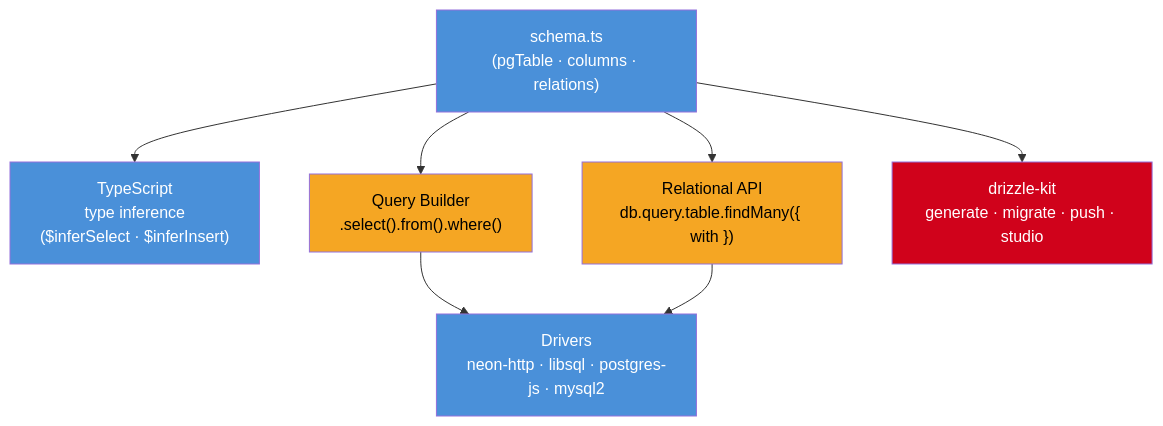
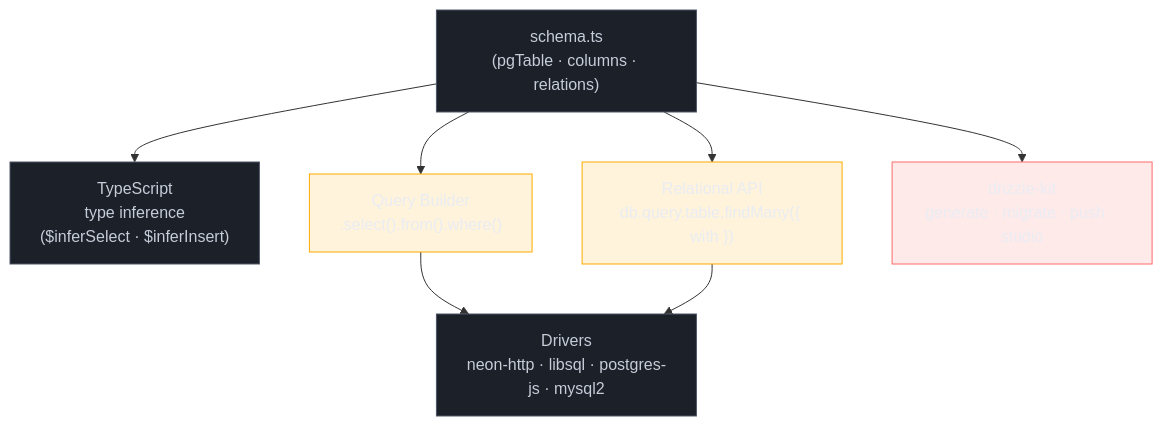
One commit to josenaldo/codex-technomanticus changed the diagram in 03-Dominios/Tecnologia/Node/ORMs e banco de dados/05 - Drizzle - ORM lightweight e type-safe.md. Above: the diagram before and after it, drawn with Mermaid. The commit also changed 1181 other files, not shown here.

First line of the commit message:
fix(diagramas): paleta do sistema no lugar de cor cravada no markdown

````diff
--- a/03-Dominios/Tecnologia/Node/ORMs e banco de dados/05 - Drizzle - ORM lightweight e type-safe.md
+++ b/03-Dominios/Tecnologia/Node/ORMs e banco de dados/05 - Drizzle - ORM lightweight e type-safe.md
@@ -27,23 +27,26 @@
 ```mermaid
 flowchart TD
+    classDef neutro fill:#1B2029,stroke:#4E5666,color:#C6CCD8
+    classDef destaque fill:#FFAA0024,stroke:#FFAA00,color:#E9ECF2
+    classDef falha fill:#FF6B6B24,stroke:#FF6B6B,color:#E9ECF2
     SCHEMA["schema.ts\n(pgTable · columns · relations)"]
     TYPES["TypeScript\ntype inference\n($inferSelect · $inferInsert)"]
     QB["Query Builder\n.select().from().where()"]
     RQAPI["Relational API\ndb.query.table.findMany({ with })"]
     DK["drizzle-kit\ngenerate · migrate · push · studio"]
     DRIVERS["Drivers\nneon-http · libsql · postgres-js · mysql2"]
 
     SCHEMA --> TYPES
     SCHEMA --> QB
     SCHEMA --> RQAPI
     SCHEMA --> DK
     QB --> DRIVERS
     RQAPI --> DRIVERS
 
-    style SCHEMA fill:#4A90D9,color:#fff
-    style TYPES fill:#4A90D9,color:#fff
-    style QB fill:#F5A623,color:#000
-    style RQAPI fill:#F5A623,color:#000
-    style DK fill:#D0021B,color:#fff
-    style DRIVERS fill:#4A90D9,color:#fff
+    class SCHEMA neutro
+    class TYPES neutro
+    class QB destaque
+    class RQAPI destaque
+    class DK falha
+    class DRIVERS neutro
 ```
````
